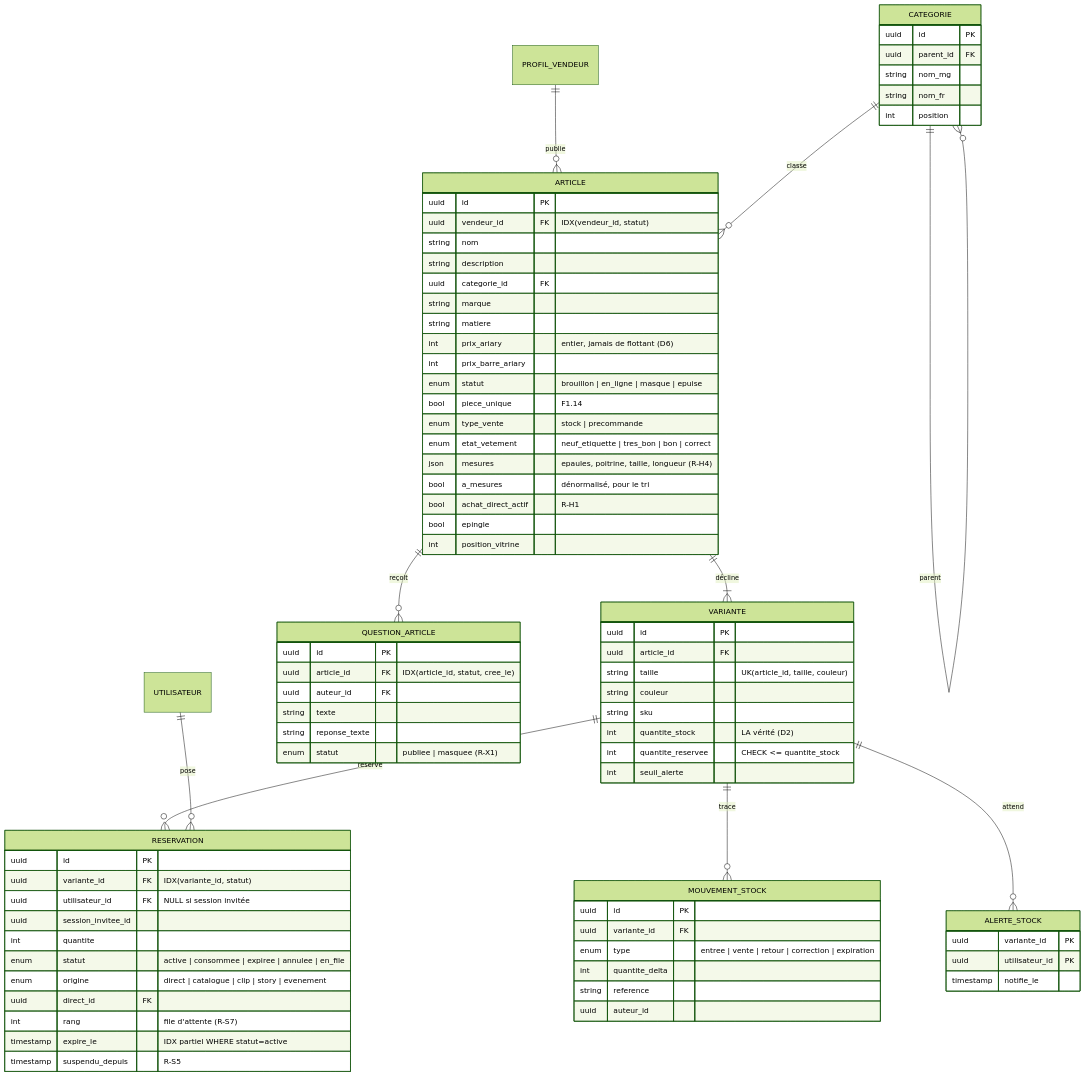
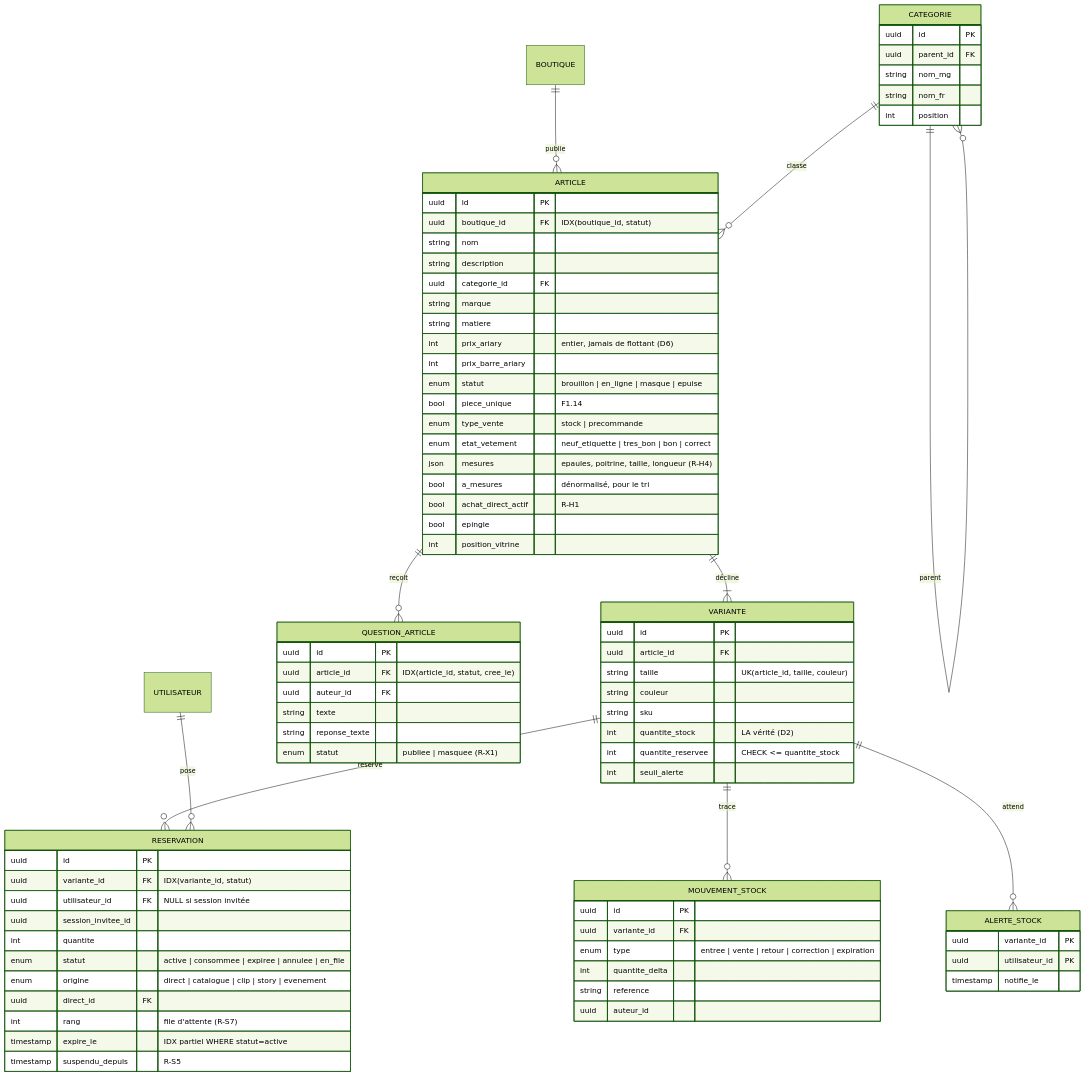
One commit to andokevin/jp changed the third of 13 diagrams in docs/JP_CONCEPTION_BDD.md. Above: the diagram before and after it, drawn with Mermaid (forest theme). The commit also changed other lines of this file and 58 other files, not shown here.

````diff
--- a/docs/JP_CONCEPTION_BDD.md
+++ b/docs/JP_CONCEPTION_BDD.md
@@ -315,6 +306,6 @@
 ```mermaid
 erDiagram
-    PROFIL_VENDEUR ||--o{ ARTICLE : "publie"
+    BOUTIQUE ||--o{ ARTICLE : "publie"
     CATEGORIE ||--o{ ARTICLE : "classe"
     CATEGORIE ||--o{ CATEGORIE : "parent"
     ARTICLE ||--|{ VARIANTE : "décline"
@@ -326,7 +317,7 @@
 
     ARTICLE {
         uuid id PK
-        uuid vendeur_id FK "IDX(vendeur_id, statut)"
+        uuid boutique_id FK "IDX(boutique_id, statut)"
         string nom
         string description
         uuid categorie_id FK
````
